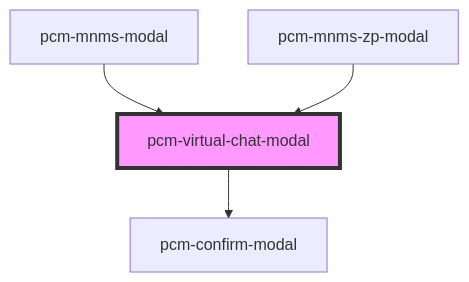
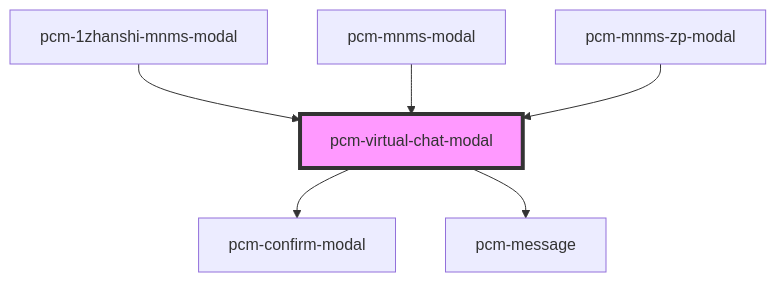
Before and after one commit to Pincaimao/pcm-agents-sdk: the diagram in packages/pcm-agents/docs/components/pcm-virtual-chat-modal/readme.md, drawn with Mermaid. The commit also changed other lines of this file and 15 other files, not shown here.

````diff
--- a/packages/pcm-agents/docs/components/pcm-virtual-chat-modal/readme.md
+++ b/packages/pcm-agents/docs/components/pcm-virtual-chat-modal/readme.md
@@ -47,7 +50,9 @@
 ```mermaid
 graph TD;
   pcm-virtual-chat-modal --> pcm-confirm-modal
+  pcm-virtual-chat-modal --> pcm-message
+  pcm-1zhanshi-mnms-modal --> pcm-virtual-chat-modal
   pcm-mnms-modal --> pcm-virtual-chat-modal
   pcm-mnms-zp-modal --> pcm-virtual-chat-modal
   style pcm-virtual-chat-modal fill:#f9f,stroke:#333,stroke-width:4px
 ```
````
